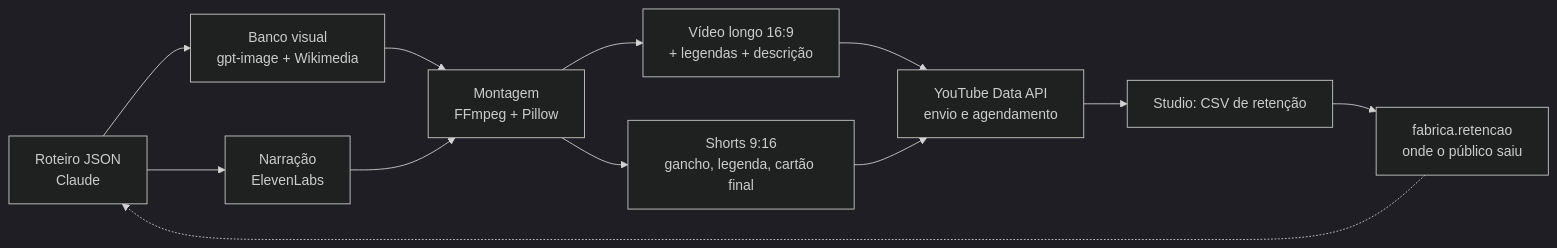
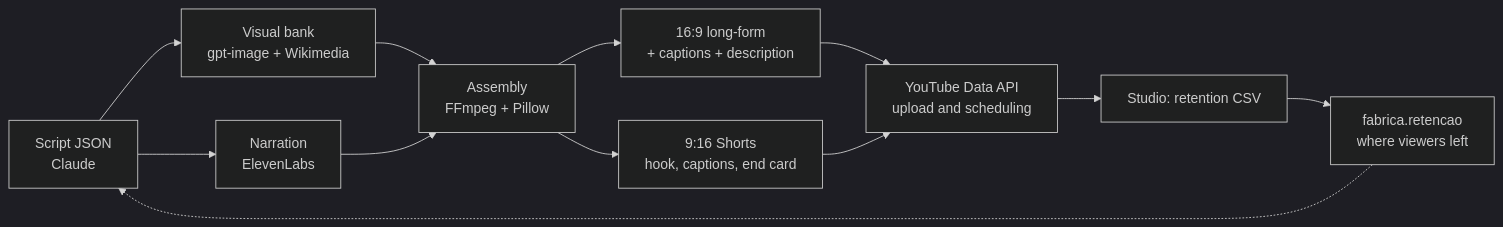
One commit to rodrigomedeiros91-source/pipeline-video-ia changed the diagram in README.md. Above: the diagram before and after it, drawn with Mermaid (dark theme). The commit also changed other lines of this file and 2 other files, not shown here.

````diff
--- a/README.md
+++ b/README.md
@@ -25,13 +27,13 @@
 ```mermaid
 flowchart LR
-    R[Roteiro JSON<br/>Claude] --> V[Banco visual<br/>gpt-image + Wikimedia]
-    R --> N[Narração<br/>ElevenLabs]
-    V --> M[Montagem<br/>FFmpeg + Pillow]
+    R[Script JSON<br/>Claude] --> V[Visual bank<br/>gpt-image + Wikimedia]
+    R --> N[Narration<br/>ElevenLabs]
+    V --> M[Assembly<br/>FFmpeg + Pillow]
     N --> M
-    M --> L[Vídeo longo 16:9<br/>+ legendas + descrição]
-    M --> S[Shorts 9:16<br/>gancho, legenda, cartão final]
-    L --> Y[YouTube Data API<br/>envio e agendamento]
+    M --> L[16:9 long-form<br/>+ captions + description]
+    M --> S[9:16 Shorts<br/>hook, captions, end card]
+    L --> Y[YouTube Data API<br/>upload and scheduling]
     S --> Y
-    Y --> E[Studio: CSV de retenção] --> A[fabrica.retencao<br/>onde o público saiu]
+    Y --> E[Studio: retention CSV] --> A[fabrica.retencao<br/>where viewers left]
     A -.-> R
 ```
````
